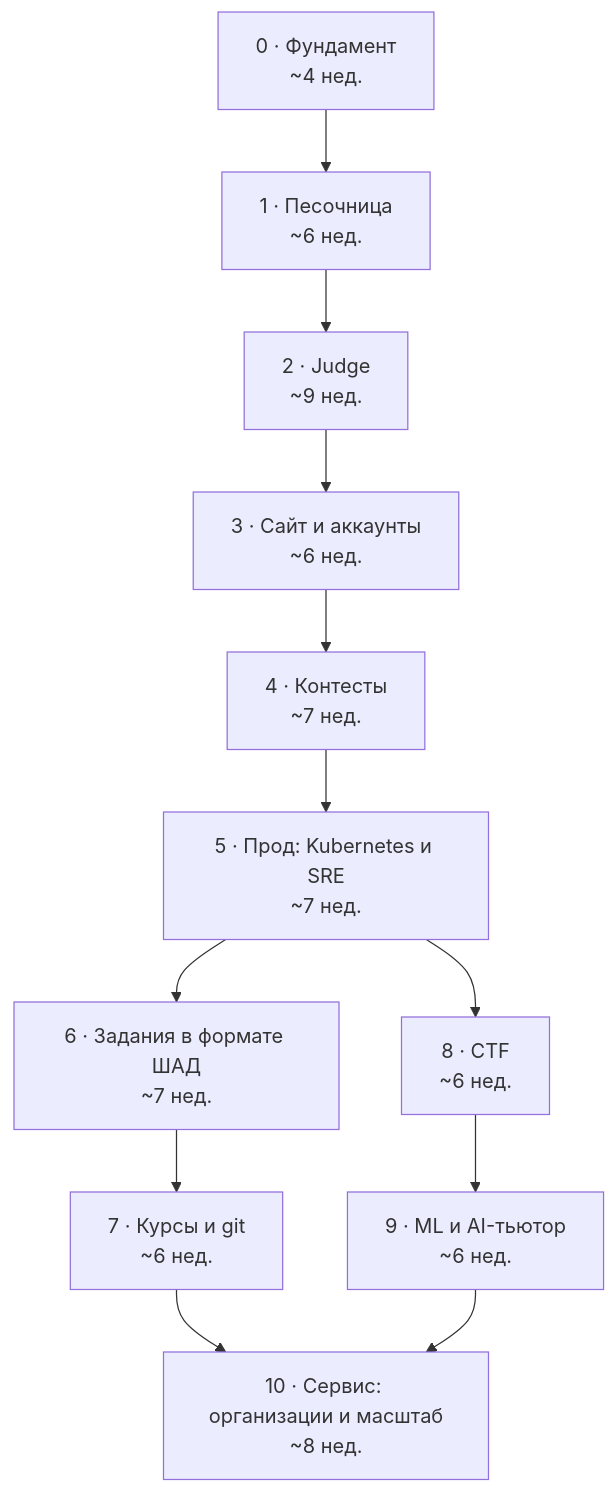
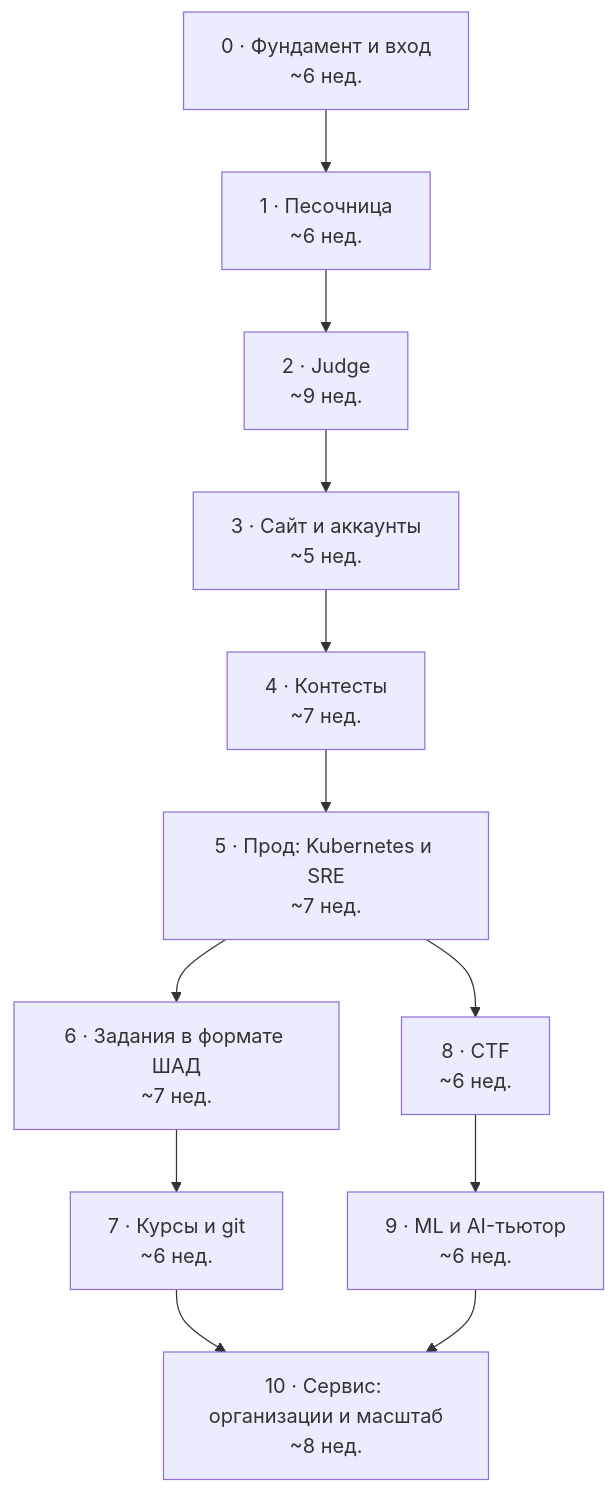
One commit to nervan-iwnl/Epoch changed the diagram in docs/roadmap.md. Above: the diagram before and after it, drawn with Mermaid. The commit also changed other lines of this file and 3 other files, not shown here.

````diff
--- a/docs/roadmap.md
+++ b/docs/roadmap.md
@@ -7,14 +18,14 @@
 ```mermaid
 flowchart TD
-  M0["0 · Фундамент<br/>~4 нед."] --> M1["1 · Песочница<br/>~6 нед."]
+  M0["0 · Фундамент и вход<br/>~6 нед."] --> M1["1 · Песочница<br/>~6 нед."]
   M1 --> M2["2 · Judge<br/>~9 нед."]
-  M2 --> M3["3 · Сайт и аккаунты<br/>~6 нед."]
+  M2 --> M3["3 · Сайт и аккаунты<br/>~5 нед."]
   M3 --> M4["4 · Контесты<br/>~7 нед."]
   M4 --> M5["5 · Прод: Kubernetes и SRE<br/>~7 нед."]
   M5 --> M6["6 · Задания в формате ШАД<br/>~7 нед."]
   M6 --> M7["7 · Курсы и git<br/>~6 нед."]
   M5 --> M8["8 · CTF<br/>~6 нед."]
   M8 --> M9["9 · ML и AI-тьютор<br/>~6 нед."]
   M7 --> M10["10 · Сервис: организации и масштаб<br/>~8 нед."]
   M9 --> M10
 ```
````
